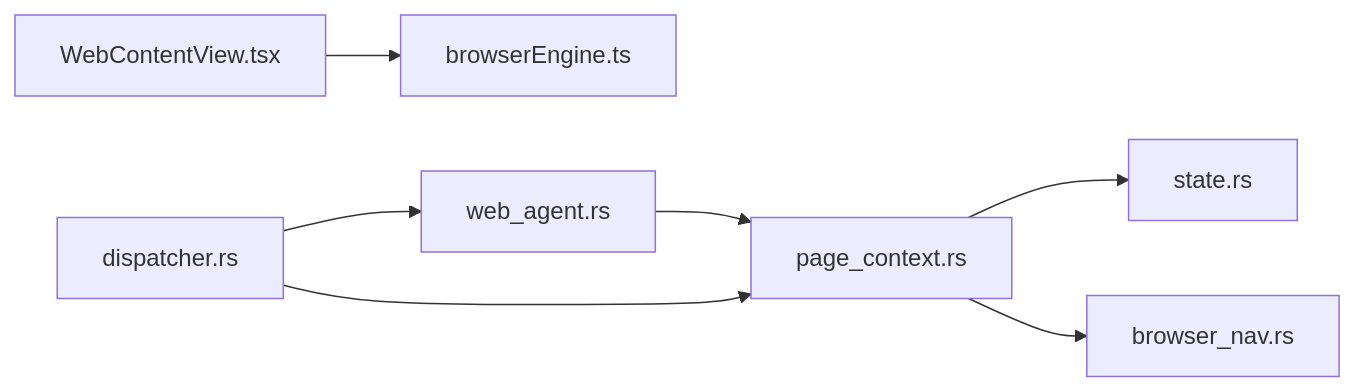
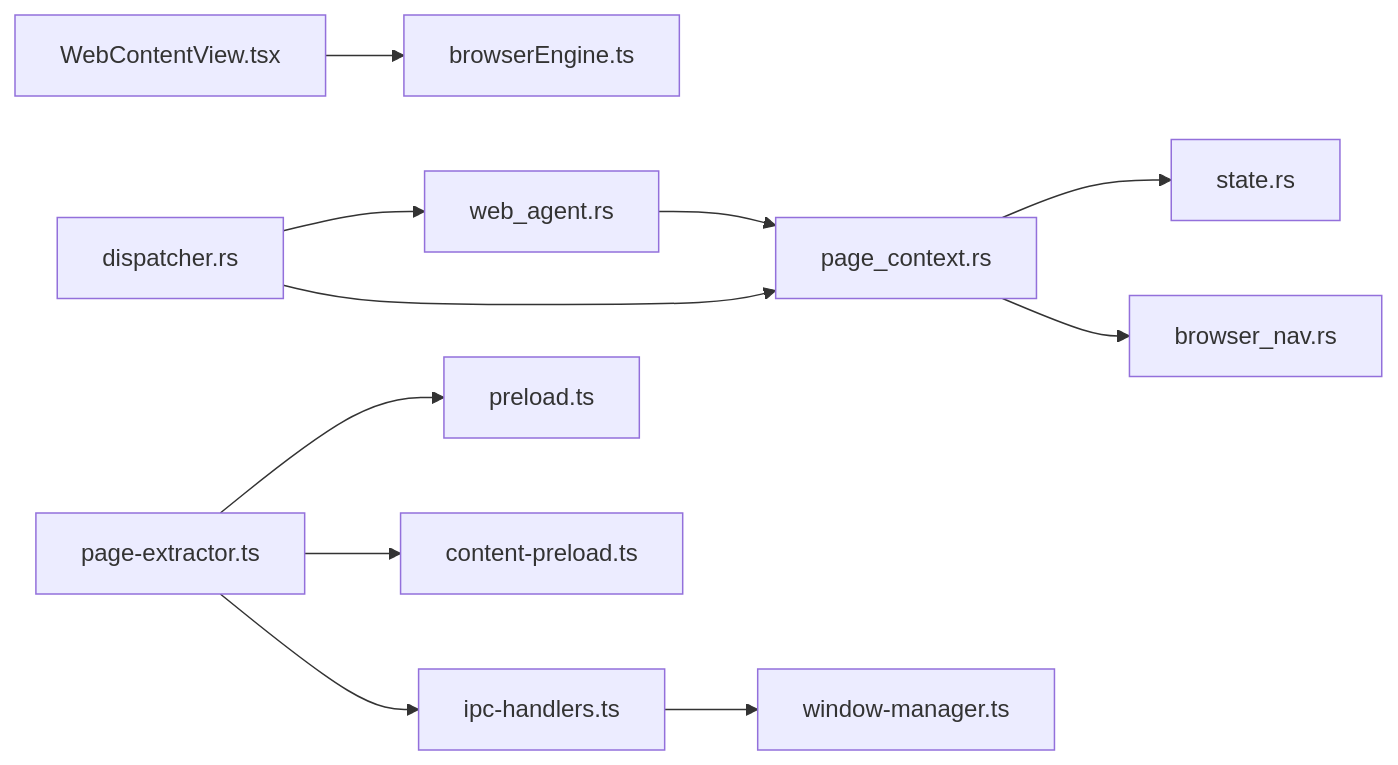
Before and after one commit to baike08/cosurf: the tenth of 10 diagrams in .qoder/repowiki/zh/content/浏览器集成/页面上下文提取.md, drawn with Mermaid. The commit also changed other lines of this file and 23 other files, not shown here.

````diff
--- a/.qoder/repowiki/zh/content/浏览器集成/页面上下文提取.md
+++ b/.qoder/repowiki/zh/content/浏览器集成/页面上下文提取.md
@@ -337,9 +475,13 @@
 ```mermaid
 graph LR
 PC["page_context.rs"] --> ST["state.rs"]
 PC --> BN["browser_nav.rs"]
 WCV["WebContentView.tsx"] --> BE["browserEngine.ts"]
 WD["web_agent.rs"] --> PC
 DP["dispatcher.rs"] --> WD
 DP --> PC
+PE["page-extractor.ts"] --> IPC["ipc-handlers.ts"]
+PE --> PRE["preload.ts"]
+PE --> CP["content-preload.ts"]
+IPC --> WM["window-manager.ts"]
 ```
````
